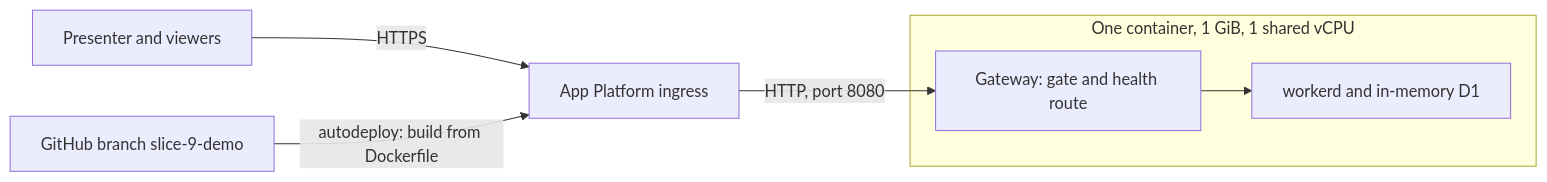
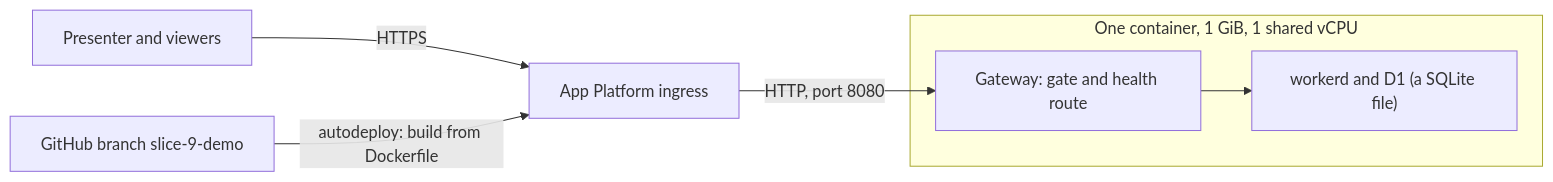
Before and after one commit to nakul175/aplyd-msme-platform: the second of 2 diagrams in docs/ops/RUNBOOK.md, drawn with Mermaid. The commit also changed other lines of this file and 13 other files, not shown here.

````diff
--- a/docs/ops/RUNBOOK.md
+++ b/docs/ops/RUNBOOK.md
@@ -173,9 +176,9 @@
 ```mermaid
 flowchart LR
   viewer["Presenter and viewers"] -->|"HTTPS"| ingress["App Platform ingress"]
   gh["GitHub branch slice-9-demo"] -->|"autodeploy: build from Dockerfile"| ingress
   ingress -->|"HTTP, port 8080"| gw
   subgraph container["One container, 1 GiB, 1 shared vCPU"]
-    gw["Gateway: gate and health route"] --> wd["workerd and in-memory D1"]
+    gw["Gateway: gate and health route"] --> wd["workerd and D1 (a SQLite file)"]
   end
 ```
````
